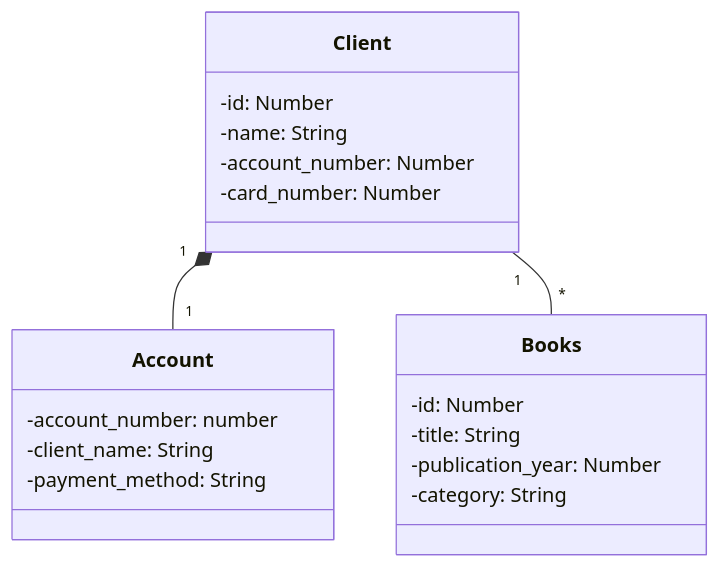
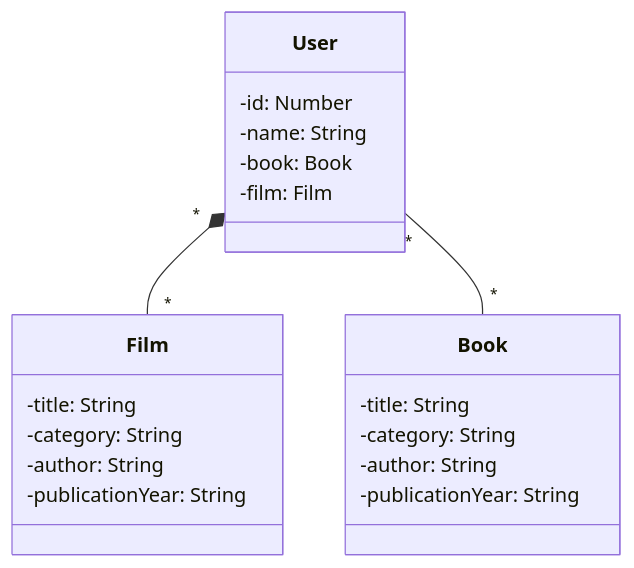
The diagram in README.md (Sesans/Desafio-Cloud-RestAPI), drawn with Mermaid before and after one commit.

````diff
--- a/README.md
+++ b/README.md
@@ -3,25 +3,25 @@
 ```mermaid
 classDiagram
-  class Client {
+  class User {
     -id: Number
     -name: String
-    -account_number: Number
-    -card_number: Number
+    -book: Book
+    -film: Film
   } 
-
-  class Account {
-    -account_number: number
-    -client_name: String
-    -payment_method: String
+  class Book{
+    -title: String
+    -category: String
+    -author: String
+    -publicationYear: String
+  }
+   class Film{
+    -title: String
+    -category: String
+    -author: String
+    -publicationYear: String
   }
 
-  class Books{
-    -id: Number
-    -title: String
-    -publication_year: Number
-    -category: String
-  }
 
-  Client "1" *-- "1" Account
-  Client "1" -- "*" Books
+  User "*" *-- "*" Film
+  User "*" -- "*" Book
 ```
````
